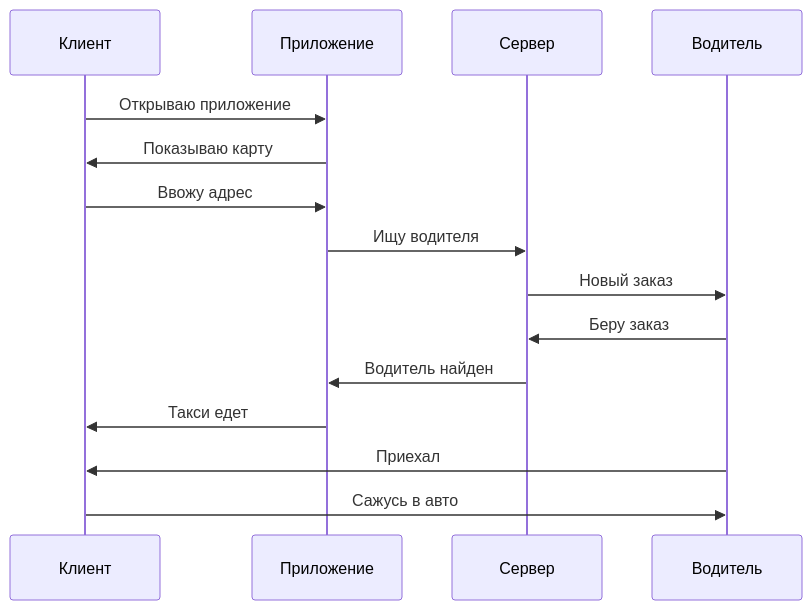
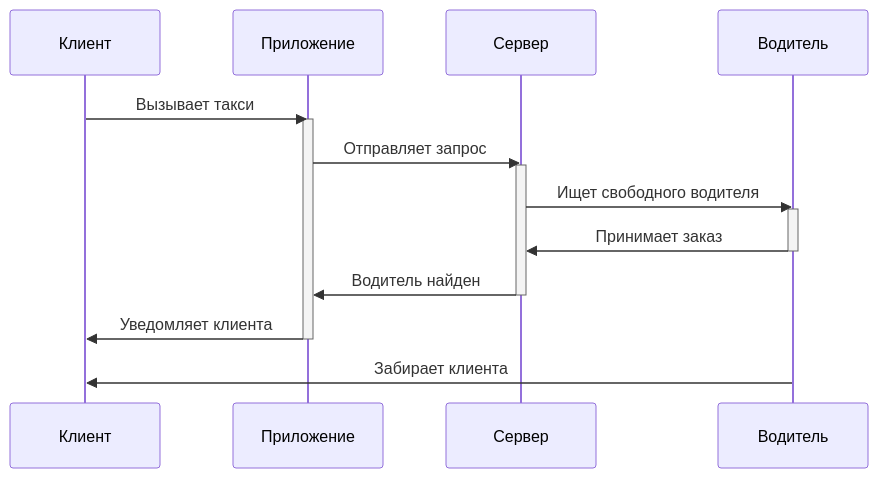
One commit to Evgeny65ok/mermaid-diagrams changed the first of 9 diagrams in README.md. Above: the diagram before and after it, drawn with Mermaid. The commit also changed other lines of this file, not shown here.

````diff
--- a/README.md
+++ b/README.md
@@ -18,13 +15,21 @@
 ```mermaid
 sequenceDiagram
-    Клиент->>Приложение: Открываю приложение
-    Приложение->>Клиент: Показываю карту
-    Клиент->>Приложение: Ввожу адрес
-    Приложение->>Сервер: Ищу водителя
-    Сервер->>Водитель: Новый заказ
-    Водитель->>Сервер: Беру заказ
+    participant Клиент
+    participant Приложение
+    participant Сервер
+    participant Водитель
+
+    Клиент->>Приложение: Вызывает такси
+    activate Приложение
+    Приложение->>Сервер: Отправляет запрос
+    activate Сервер
+    Сервер->>Водитель: Ищет свободного водителя
+    activate Водитель
+    Водитель->>Сервер: Принимает заказ
+    deactivate Водитель
     Сервер->>Приложение: Водитель найден
-    Приложение->>Клиент: Такси едет
-    Водитель->>Клиент: Приехал
-    Клиент->>Водитель: Сажусь в авто
+    deactivate Сервер
+    Приложение->>Клиент: Уведомляет клиента
+    deactivate Приложение
+    Водитель->>Клиент: Забирает клиента
 ```
````
